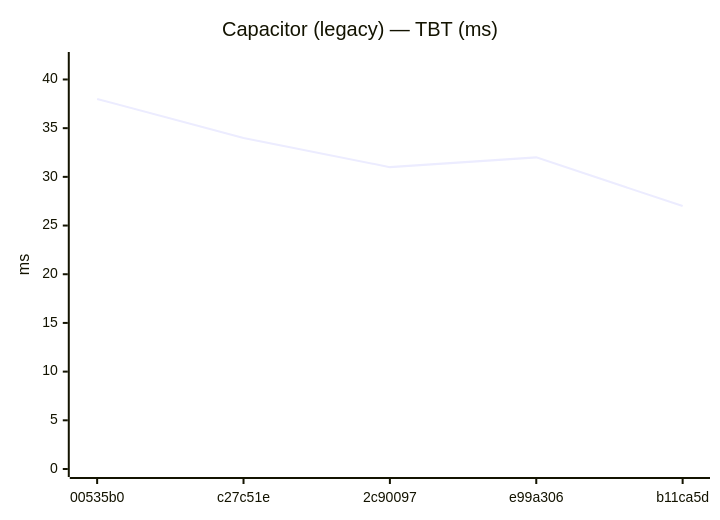
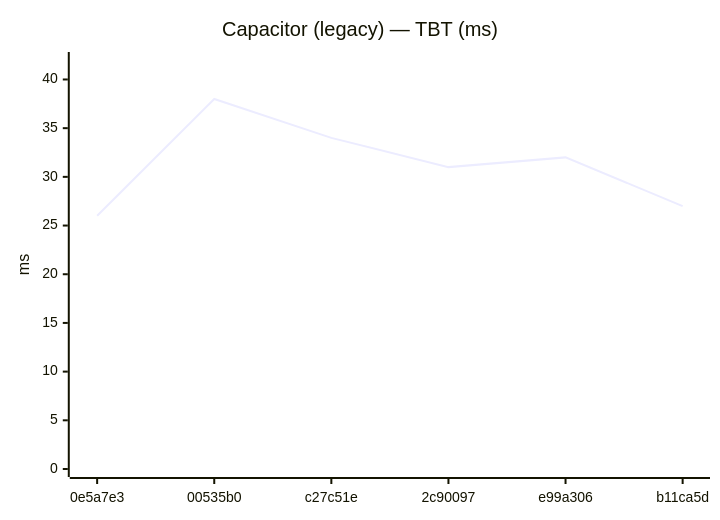
The sixth of 24 diagrams in benchmarks/compare.md (Metaheurist/Rianell), drawn with Mermaid before and after one commit. The commit also changed other lines of this file and 12 other files, not shown here.

````diff
--- a/benchmarks/compare.md
+++ b/benchmarks/compare.md
@@ -76,7 +79,7 @@
 ```mermaid
 xychart-beta
     title "Capacitor (legacy) — TBT (ms)"
-    x-axis ["00535b0", "c27c51e", "2c90097", "e99a306", "b11ca5d"]
+    x-axis ["0e5a7e3", "00535b0", "c27c51e", "2c90097", "e99a306", "b11ca5d"]
     y-axis "ms" 0 --> 42
-    line [38, 34, 31, 32, 27]
+    line [26, 38, 34, 31, 32, 27]
 ```
````
